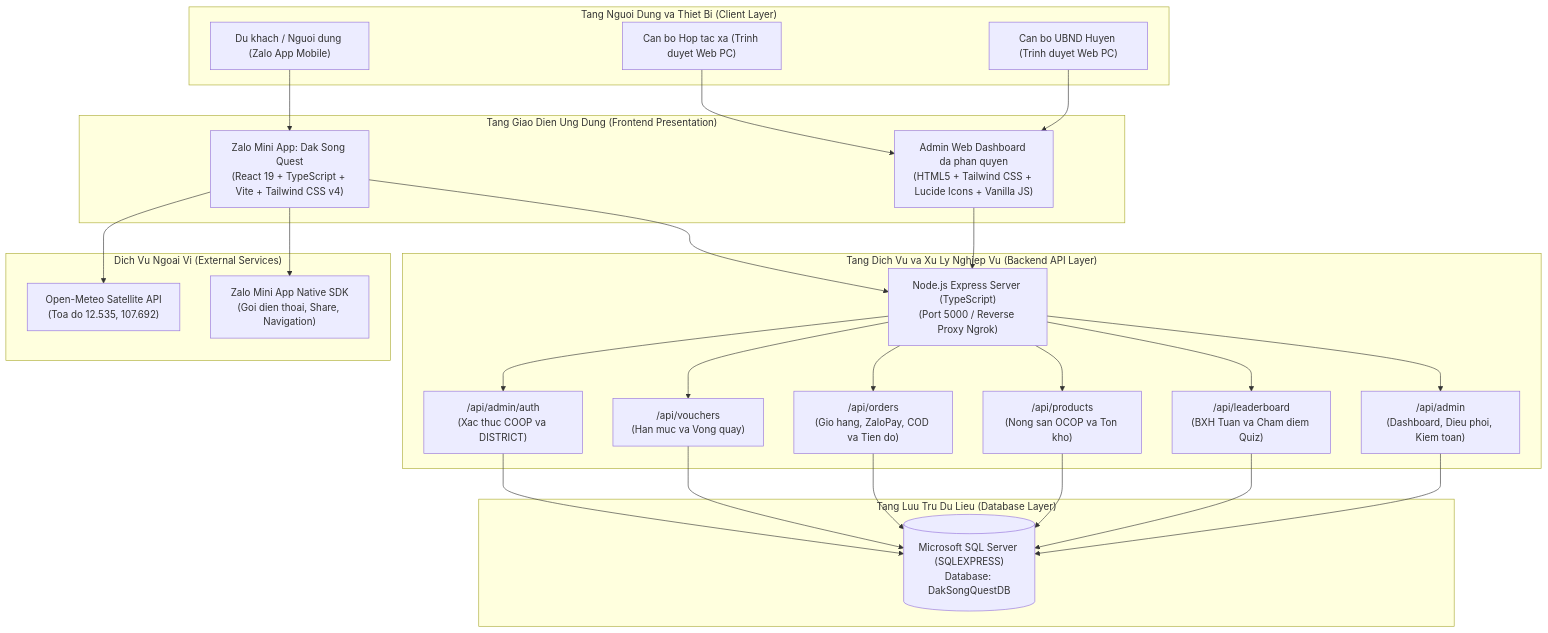
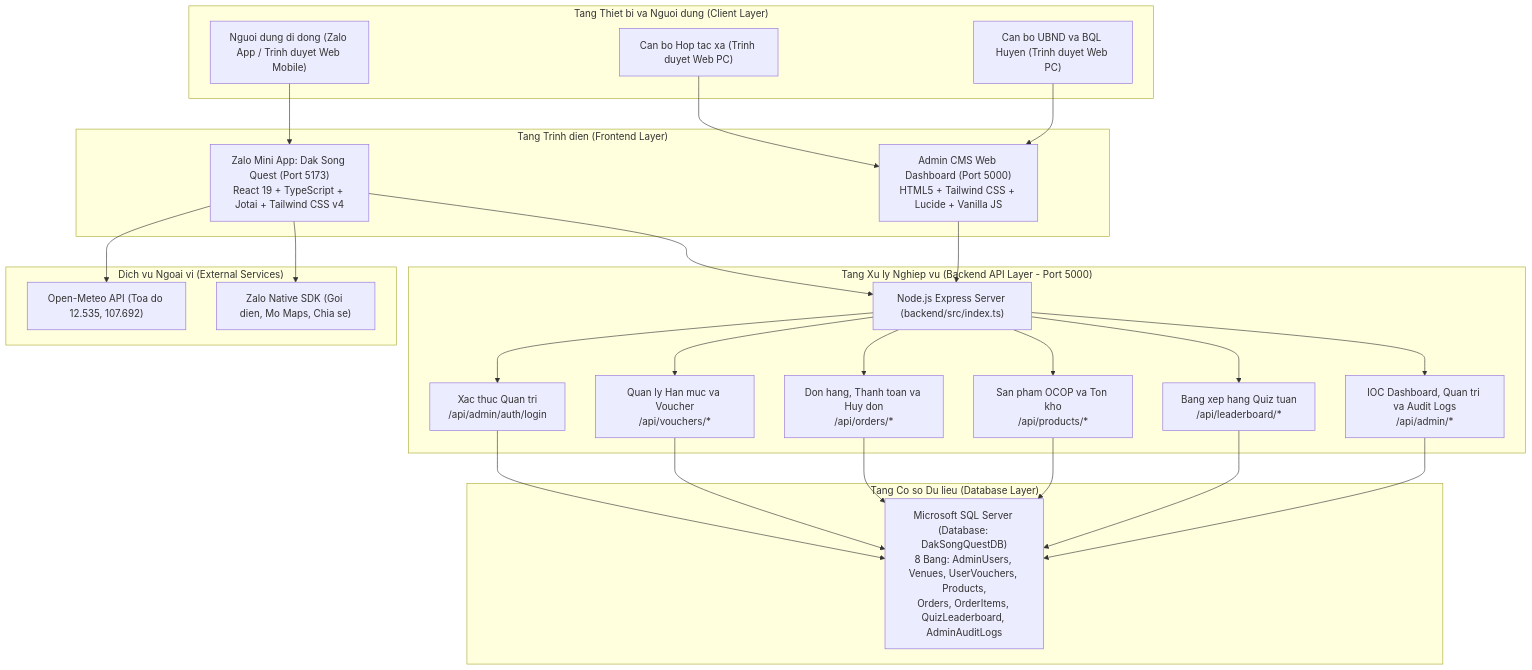
Before and after one commit to ZangKai2k3/dak-song-quest: the first of 10 diagrams in MO_TA_HE_THONG.md, drawn with Mermaid. The commit also changed other lines of this file and 1 other file, not shown here.

Commit message:
docs: cap nhat toan dien tai lieu MO_TA_HE_THONG.md va README.md chuan ma nguon thuc te

````diff
--- a/MO_TA_HE_THONG.md
+++ b/MO_TA_HE_THONG.md
@@ -36,56 +75,56 @@
 ```mermaid
 graph TD
-    subgraph "Tang Nguoi Dung va Thiet Bi (Client Layer)"
-        UserMobile["Du khach / Nguoi dung (Zalo App Mobile)"]
-        UserAdminCoop["Can bo Hop tac xa (Trinh duyet Web PC)"]
-        UserAdminDist["Can bo UBND Huyen (Trinh duyet Web PC)"]
+    subgraph ClientLayer["Tang Thiet bi va Nguoi dung (Client Layer)"]
+        UserMobile["Nguoi dung di dong (Zalo App / Trinh duyet Web Mobile)"]
+        AdminCoopUser["Can bo Hop tac xa (Trinh duyet Web PC)"]
+        AdminDistUser["Can bo UBND va BQL Huyen (Trinh duyet Web PC)"]
     end
 
-    subgraph "Tang Giao Dien Ung Dung (Frontend Presentation)"
-        MiniApp["Zalo Mini App: Dak Song Quest\n(React 19 + TypeScript + Vite + Tailwind CSS v4)"]
-        AdminCMS["Admin Web Dashboard da phan quyen\n(HTML5 + Tailwind CSS + Lucide Icons + Vanilla JS)"]
+    subgraph PresentationLayer["Tang Trinh dien (Frontend Layer)"]
+        MiniAppSPA["Zalo Mini App: Dak Song Quest (Port 5173)\nReact 19 + TypeScript + Jotai + Tailwind CSS v4"]
+        AdminWebSPA["Admin CMS Web Dashboard (Port 5000)\nHTML5 + Tailwind CSS + Lucide + Vanilla JS"]
     end
 
-    subgraph "Tang Dich Vu va Xu Ly Nghiep Vu (Backend API Layer)"
-        ExpressServer["Node.js Express Server (TypeScript)\n(Port 5000 / Reverse Proxy Ngrok)"]
+    subgraph ServiceLayer["Tang Xu ly Nghiep vu (Backend API Layer - Port 5000)"]
+        ExpressCore["Node.js Express Server (backend/src/index.ts)"]
         
-        RouterAuth["/api/admin/auth\n(Xac thuc COOP va DISTRICT)"]
-        RouterVoucher["/api/vouchers\n(Han muc va Vong quay)"]
-        RouterOrder["/api/orders\n(Gio hang, ZaloPay, COD va Tien do)"]
-        RouterProduct["/api/products\n(Nong san OCOP va Ton kho)"]
-        RouterLB["/api/leaderboard\n(BXH Tuan va Cham diem Quiz)"]
-        RouterAdmin["/api/admin\n(Dashboard, Dieu phoi, Kiem toan)"]
+        RouterAuth["Xac thuc Quan tri\n/api/admin/auth/login"]
+        RouterVouchers["Quan ly Han muc va Voucher\n/api/vouchers/*"]
+        RouterOrders["Don hang, Thanh toan va Huy don\n/api/orders/*"]
+        RouterProducts["San pham OCOP va Ton kho\n/api/products/*"]
+        RouterLeaderboard["Bang xep hang Quiz tuan\n/api/leaderboard/*"]
+        RouterAdmin["IOC Dashboard, Quan tri va Audit Logs\n/api/admin/*"]
     end
 
-    subgraph "Tang Luu Tru Du Lieu (Database Layer)"
-        MSSQL[("Microsoft SQL Server (SQLEXPRESS)\nDatabase: DakSongQuestDB")]
+    subgraph DatabaseLayer["Tang Co so Du lieu (Database Layer)"]
+        MSSQLDB["Microsoft SQL Server (Database: DakSongQuestDB)\n8 Bang: AdminUsers, Venues, UserVouchers, Products,\nOrders, OrderItems, QuizLeaderboard, AdminAuditLogs"]
     end
 
-    subgraph "Dich Vu Ngoai Vi (External Services)"
-        OpenMeteo["Open-Meteo Satellite API\n(Toa do 12.535, 107.692)"]
-        ZaloSDK["Zalo Mini App Native SDK\n(Goi dien thoai, Share, Navigation)"]
+    subgraph ExternalLayer["Dich vu Ngoai vi (External Services)"]
+        OpenMeteoService["Open-Meteo API (Toa do 12.535, 107.692)"]
+        ZaloSDKService["Zalo Native SDK (Goi dien, Mo Maps, Chia se)"]
     end
 
-    UserMobile --> MiniApp
-    UserAdminCoop --> AdminCMS
-    UserAdminDist --> AdminCMS
+    UserMobile --> MiniAppSPA
+    AdminCoopUser --> AdminWebSPA
+    AdminDistUser --> AdminWebSPA
 
-    MiniApp --> ExpressServer
-    MiniApp --> OpenMeteo
-    MiniApp --> ZaloSDK
-    AdminCMS --> ExpressServer
+    MiniAppSPA --> ExpressCore
+    MiniAppSPA --> OpenMeteoService
+    MiniAppSPA --> ZaloSDKService
+    AdminWebSPA --> ExpressCore
 
-    ExpressServer --> RouterAuth
-    ExpressServer --> RouterVoucher
-    ExpressServer --> RouterOrder
-    ExpressServer --> RouterProduct
-    ExpressServer --> RouterLB
-    ExpressServer --> RouterAdmin
+    ExpressCore --> RouterAuth
+    ExpressCore --> RouterVouchers
+    ExpressCore --> RouterOrders
+    ExpressCore --> RouterProducts
+    ExpressCore --> RouterLeaderboard
+    ExpressCore --> RouterAdmin
 
-    RouterAuth --> MSSQL
-    RouterVoucher --> MSSQL
-    RouterOrder --> MSSQL
-    RouterProduct --> MSSQL
-    RouterLB --> MSSQL
-    RouterAdmin --> MSSQL
+    RouterAuth --> MSSQLDB
+    RouterVouchers --> MSSQLDB
+    RouterOrders --> MSSQLDB
+    RouterProducts --> MSSQLDB
+    RouterLeaderboard --> MSSQLDB
+    RouterAdmin --> MSSQLDB
 ```
````
